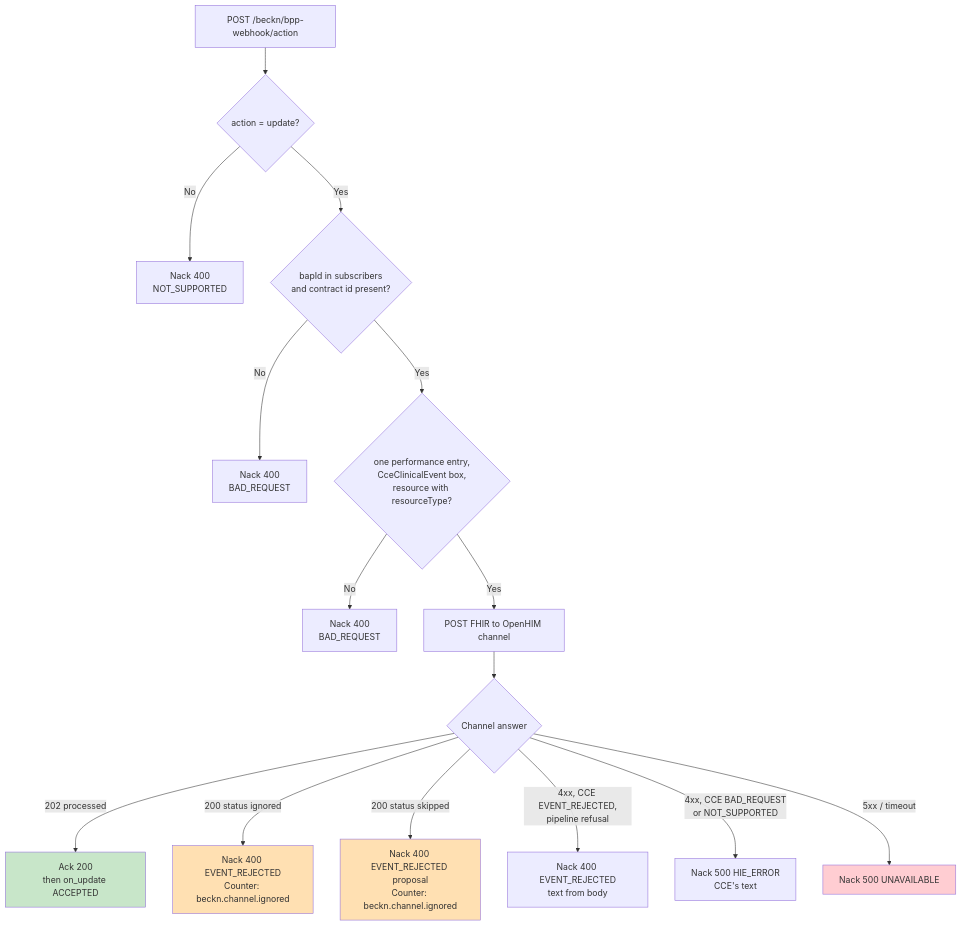
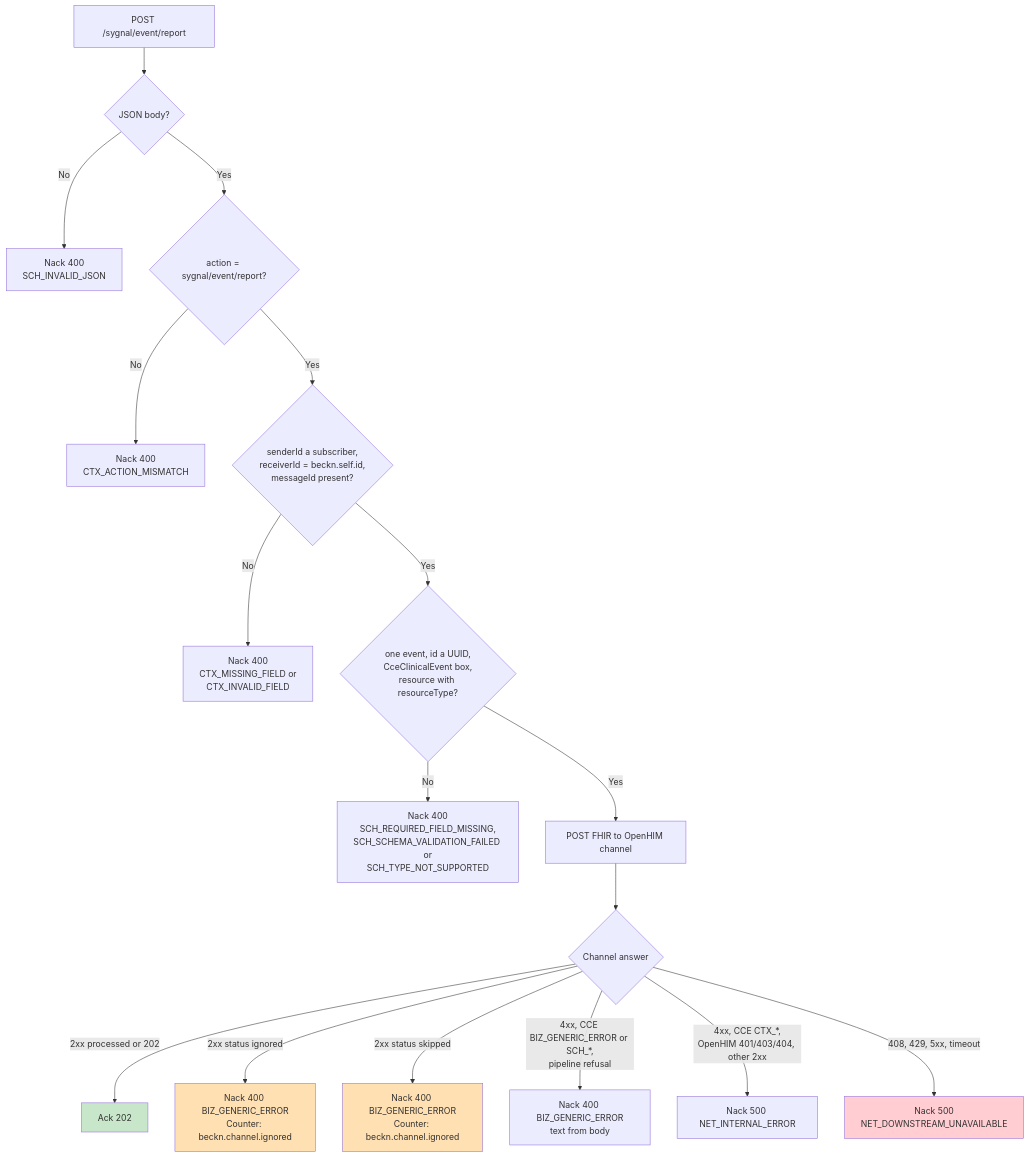
The tenth of 11 diagrams in docs/flow-diagrams.md (openphc/openhim-cce-emitter-adaptor), drawn with Mermaid before and after one commit. The commit also changed other lines of this file and 51 other files, not shown here.

First line of the commit message:
Switch the HIE bridge from Beckn update/on_update to sygnal/event/report

````diff
--- a/docs/flow-diagrams.md
+++ b/docs/flow-diagrams.md
@@ -426,22 +425,24 @@
 ```mermaid
 flowchart TD
-    A[POST /beckn/bpp-webhook/action] --> B{action = update?}
-    B -->|No| N0[Nack 400<br/>NOT_SUPPORTED]
-    B -->|Yes| C{bapId in subscribers<br/>and contract id present?}
-    C -->|No| N1[Nack 400<br/>BAD_REQUEST]
-    C -->|Yes| D{one performance entry,<br/>CceClinicalEvent box,<br/>resource with resourceType?}
-    D -->|No| N2[Nack 400<br/>BAD_REQUEST]
+    A[POST /sygnal/event/report] --> J{JSON body?}
+    J -->|No| N7[Nack 400<br/>SCH_INVALID_JSON]
+    J -->|Yes| B{action = sygnal/event/report?}
+    B -->|No| N0[Nack 400<br/>CTX_ACTION_MISMATCH]
+    B -->|Yes| C{senderId a subscriber,<br/>receiverId = beckn.self.id,<br/>messageId present?}
+    C -->|No| N1[Nack 400<br/>CTX_MISSING_FIELD or<br/>CTX_INVALID_FIELD]
+    C -->|Yes| D{one event, id a UUID,<br/>CceClinicalEvent box,<br/>resource with resourceType?}
+    D -->|No| N2[Nack 400<br/>SCH_REQUIRED_FIELD_MISSING,<br/>SCH_SCHEMA_VALIDATION_FAILED or<br/>SCH_TYPE_NOT_SUPPORTED]
     D -->|Yes| E[POST FHIR to OpenHIM channel]
     E --> F{Channel answer}
-    F -->|202 processed| ACK[Ack 200<br/>then on_update ACCEPTED]
-    F -->|200 status ignored| N3[Nack 400 EVENT_REJECTED<br/>Counter: beckn.channel.ignored]
-    F -->|200 status skipped| N4[Nack 400 EVENT_REJECTED proposal<br/>Counter: beckn.channel.ignored]
-    F -->|4xx, CCE EVENT_REJECTED,<br/>pipeline refusal| N5[Nack 400 EVENT_REJECTED<br/>text from body]
-    F -->|4xx, CCE BAD_REQUEST<br/>or NOT_SUPPORTED| N6[Nack 500 HIE_ERROR<br/>CCE's text]
-    F -->|5xx / timeout| S[Nack 500 UNAVAILABLE]
+    F -->|2xx processed or 202| ACK[Ack 202]
+    F -->|2xx status ignored| N3[Nack 400 BIZ_GENERIC_ERROR<br/>Counter: beckn.channel.ignored]
+    F -->|2xx status skipped| N4[Nack 400 BIZ_GENERIC_ERROR<br/>Counter: beckn.channel.ignored]
+    F -->|4xx, CCE BIZ_GENERIC_ERROR or SCH_*,<br/>pipeline refusal| N5[Nack 400 BIZ_GENERIC_ERROR<br/>text from body]
+    F -->|4xx, CCE CTX_*,<br/>OpenHIM 401/403/404, other 2xx| N6[Nack 500 NET_INTERNAL_ERROR]
+    F -->|408, 429, 5xx, timeout| S[Nack 500<br/>NET_DOWNSTREAM_UNAVAILABLE]
 
     style ACK fill:#c8e6c9
     style N3 fill:#ffe0b2
     style N4 fill:#ffe0b2
     style S fill:#ffcdd2
 ```
````
